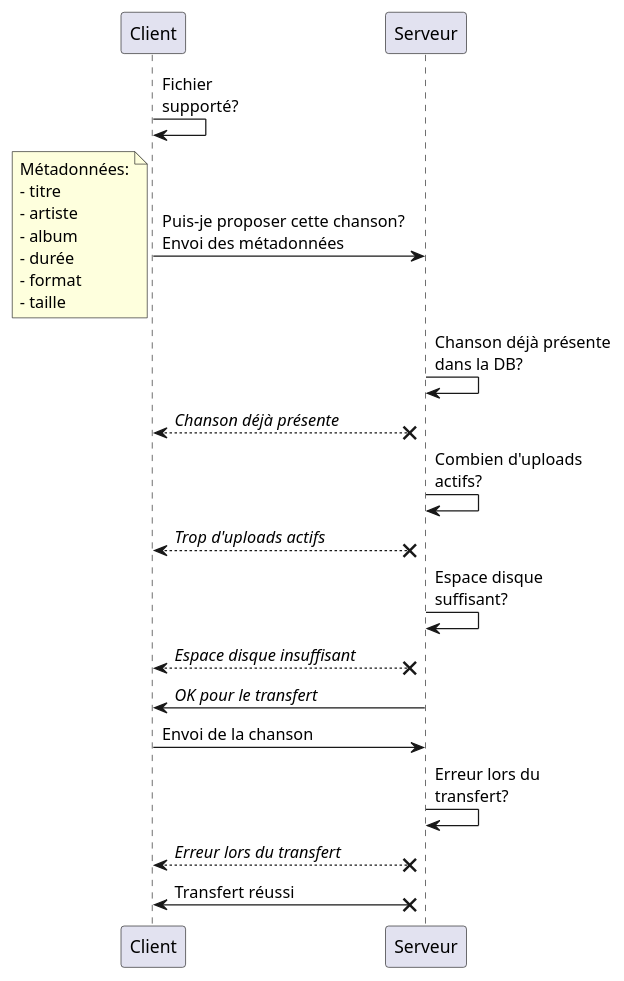
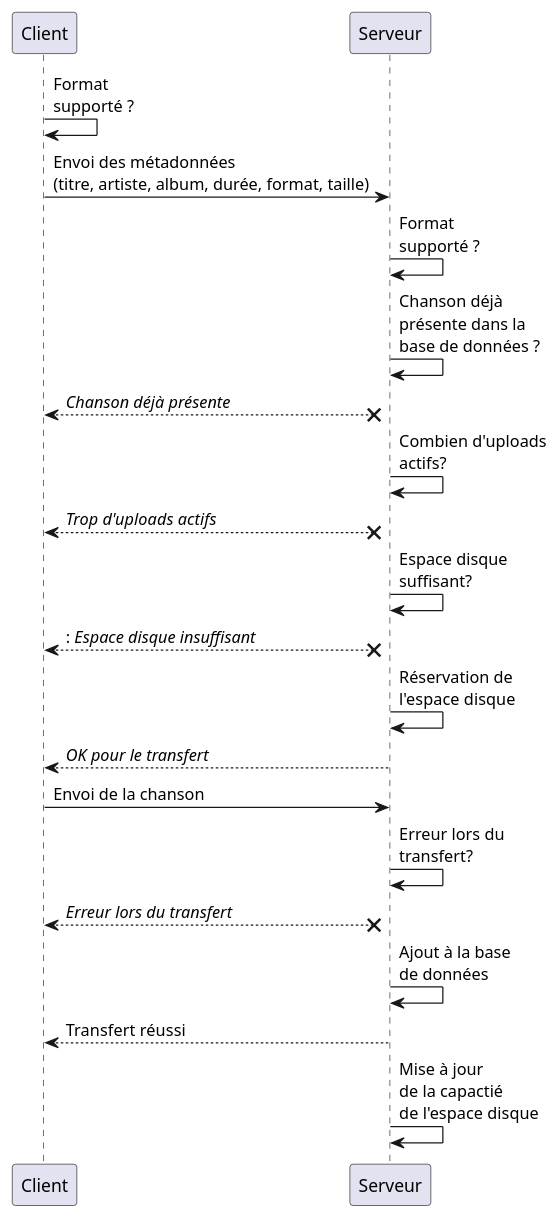
One commit to heig-vd-pro2017/projet changed the diagram in Sequence.plantuml. Above: the diagram before and after it, drawn with PlantUML. The commit also changed 1 other file, not shown here.

Commit message:
Diagrams updates

```diff
--- a/Sequence.plantuml
+++ b/Sequence.plantuml
@@ -1,41 +1,38 @@
 @startuml
 
 
-Client -> Client : Fichier\nsupporté?
+Client -> Client : Format\nsupporté ?
 
-Client -> Serveur : Puis-je proposer cette chanson?\nEnvoi des métadonnées
+Client -> Serveur : Envoi des métadonnées\n(titre, artiste, album, durée, format, taille)
 
-note left
-    Métadonnées:
-    - titre
-    - artiste
-    - album
-    - durée
-    - format
-    - taille
-end note
+Serveur -> Serveur: Format\nsupporté ?
 
-
-Serveur -> Serveur : Chanson déjà présente\ndans la DB?
+Serveur -> Serveur : Chanson déjà\nprésente dans la\nbase de données ?
 
 Client <--x Serveur : <i>Chanson déjà présente</i>
 
 Serveur -> Serveur : Combien d'uploads\nactifs?
 
 Client <--x Serveur : <i>Trop d'uploads actifs</i>
 
 Serveur -> Serveur : Espace disque\nsuffisant?
 
-Client <--x Serveur : <i>Espace disque insuffisant</i>
+Client <--x Serveur : : <i>Espace disque insuffisant</i>
 
-Client <- Serveur : <i>OK pour le transfert</i>
+Serveur -> Serveur : Réservation de\nl'espace disque
+
+Client <-- Serveur : <i>OK pour le transfert</i>
 
 Client -> Serveur : Envoi de la chanson
 
 Serveur -> Serveur : Erreur lors du\ntransfert?
 
 Client <--x Serveur : <i>Erreur lors du transfert</i>
 
-Client <-x Serveur : Transfert réussi
+Serveur -> Serveur : Ajout à la base\nde données
+
+Client <-- Serveur : Transfert réussi
+
+Serveur -> Serveur : Mise à jour\nde la capactié\nde l'espace disque
 
 @enduml
```
